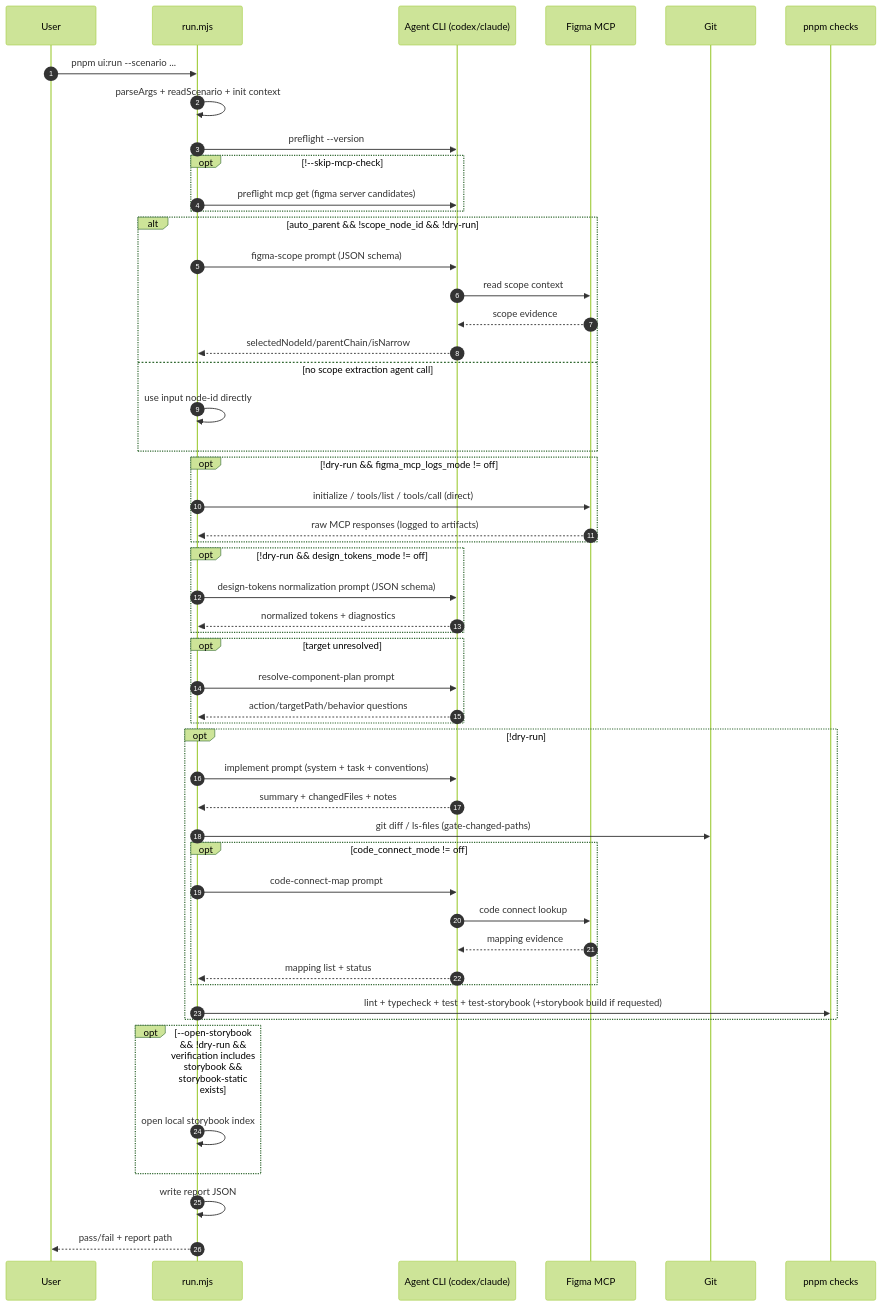
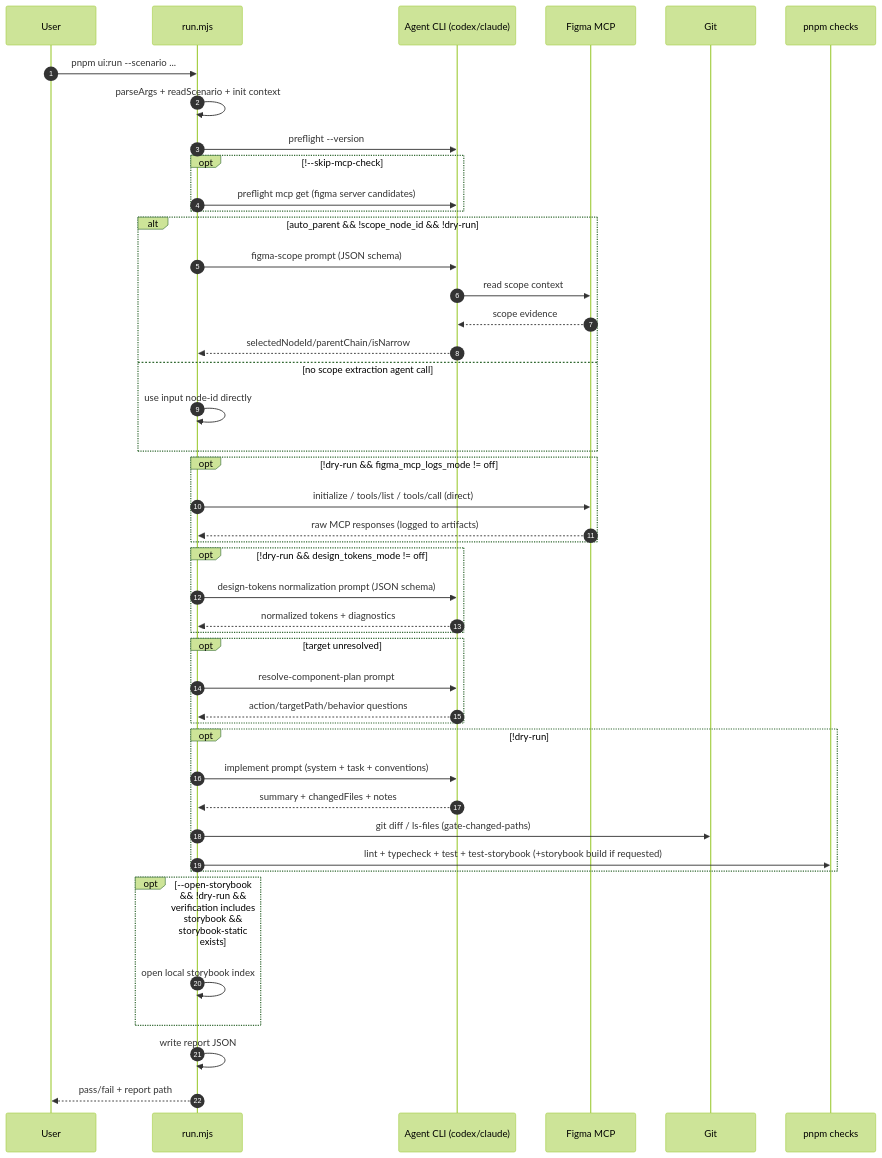
One commit to TEAM-HOUME/HOUME-CLIENT changed the second of 4 diagrams in orchestration/ui-components/README.md. Above: the diagram before and after it, drawn with Mermaid (forest theme). The commit also changed other lines of this file and 6 other files, not shown here.

Commit message:
chore: Code Connect 단계 제거하고 게이트 강화

````diff
--- a/orchestration/ui-components/README.md
+++ b/orchestration/ui-components/README.md
@@ -112,65 +104,58 @@
 ```mermaid
 sequenceDiagram
   autonumber
   participant U as User
   participant R as run.mjs
   participant A as Agent CLI (codex/claude)
   participant M as Figma MCP
   participant G as Git
   participant P as pnpm checks
 
   U->>R: pnpm ui:run --scenario ...
   R->>R: parseArgs + readScenario + init context
   R->>A: preflight --version
 
   opt !--skip-mcp-check
     R->>A: preflight mcp get (figma server candidates)
   end
 
   alt auto_parent && !scope_node_id && !dry-run
     R->>A: figma-scope prompt (JSON schema)
     A->>M: read scope context
     M-->>A: scope evidence
     A-->>R: selectedNodeId/parentChain/isNarrow
   else no scope extraction agent call
     R->>R: use input node-id directly
   end
 
   opt !dry-run && figma_mcp_logs_mode != off
     R->>M: initialize / tools/list / tools/call (direct)
     M-->>R: raw MCP responses (logged to artifacts)
   end
 
   opt !dry-run && design_tokens_mode != off
     R->>A: design-tokens normalization prompt (JSON schema)
     A-->>R: normalized tokens + diagnostics
   end
 
   opt target unresolved
     R->>A: resolve-component-plan prompt
     A-->>R: action/targetPath/behavior questions
   end
 
   opt !dry-run
     R->>A: implement prompt (system + task + conventions)
     A-->>R: summary + changedFiles + notes
 
     R->>G: git diff / ls-files (gate-changed-paths)
 
-    opt code_connect_mode != off
-      R->>A: code-connect-map prompt
-      A->>M: code connect lookup
-      M-->>A: mapping evidence
-      A-->>R: mapping list + status
-    end
-
     R->>P: lint + typecheck + test + test-storybook (+storybook build if requested)
   end
 
   opt --open-storybook && !dry-run && verification includes storybook && storybook-static exists
     R->>R: open local storybook index
   end
 
   R->>R: write report JSON
   R-->>U: pass/fail + report path
 ```
````
